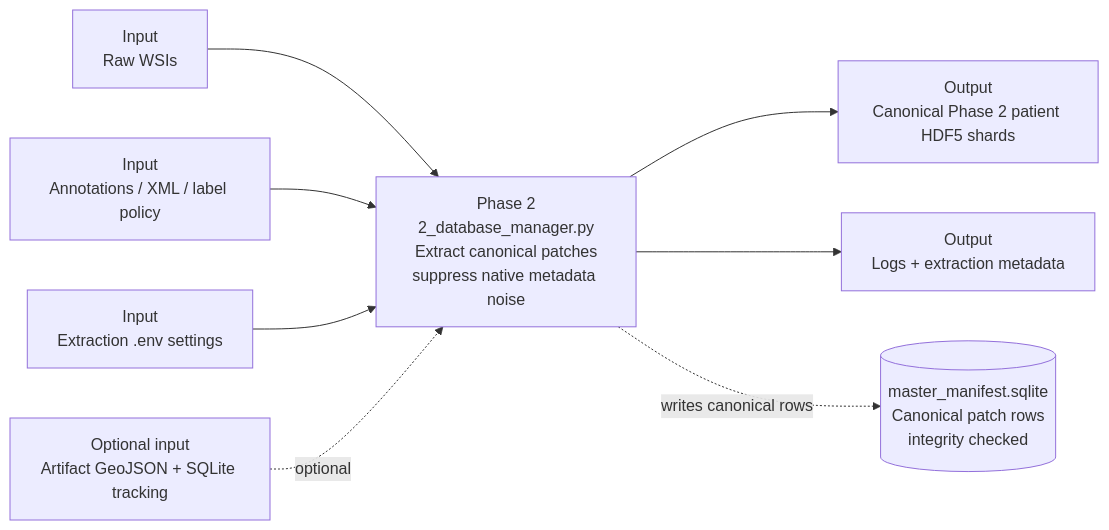
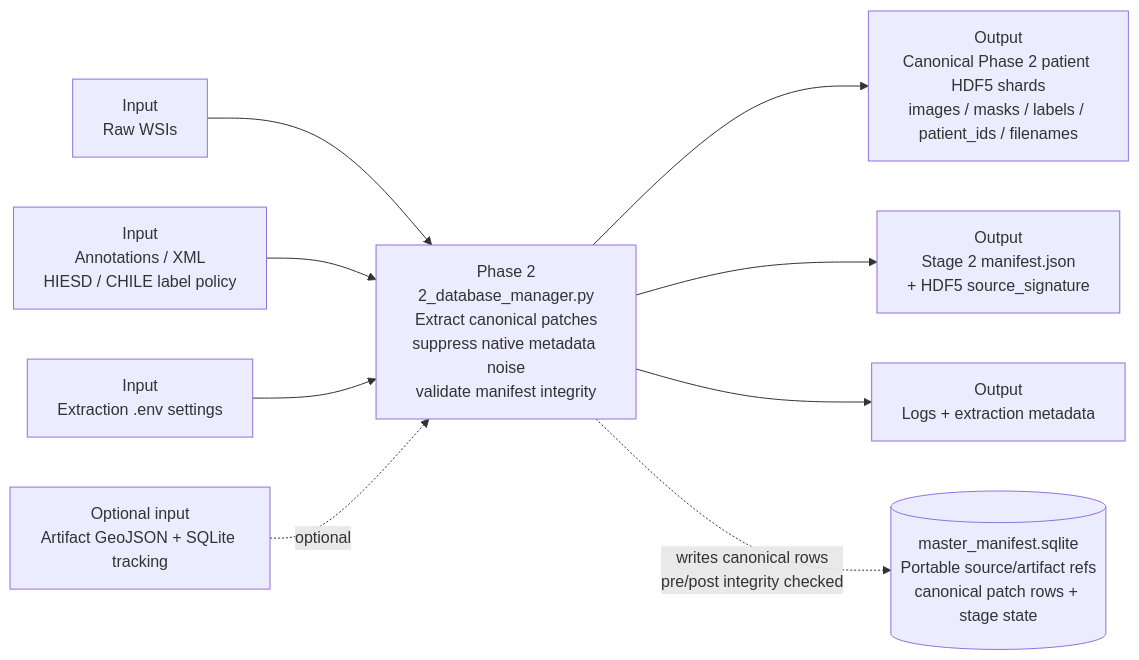
Before and after one commit to bhnunes/Master_Coding: the diagram in MERMAID/phase_2_patch_extraction.mermaid, drawn with Mermaid. The commit also changed 27 other files, not shown here.

```diff
--- a/MERMAID/phase_2_patch_extraction.mermaid
+++ b/MERMAID/phase_2_patch_extraction.mermaid
@@ -1,17 +1,19 @@
 flowchart LR
     wsi[Input<br/>Raw WSIs]
-    annotations[Input<br/>Annotations / XML / label policy]
+    annotations[Input<br/>Annotations / XML<br/>HIESD / CHILE label policy]
     env[Input<br/>Extraction .env settings]
     artifact_meta[Optional input<br/>Artifact GeoJSON + SQLite tracking]
-    p2[Phase 2<br/>2_database_manager.py<br/>Extract canonical patches<br/>suppress native metadata noise]
-    shards[Output<br/>Canonical Phase 2 patient HDF5 shards]
-    manifest[(master_manifest.sqlite<br/>Canonical patch rows<br/>integrity checked)]
+    p2[Phase 2<br/>2_database_manager.py<br/>Extract canonical patches<br/>suppress native metadata noise<br/>validate manifest integrity]
+    shards[Output<br/>Canonical Phase 2 patient HDF5 shards<br/>images / masks / labels / patient_ids / filenames]
+    manifest[(master_manifest.sqlite<br/>Portable source/artifact refs<br/>canonical patch rows + stage state)]
+    shard_manifest[Output<br/>Stage 2 manifest.json<br/>+ HDF5 source_signature]
     stage2_sidecars[Output<br/>Logs + extraction metadata]
 
     wsi --> p2
     annotations --> p2
     env --> p2
     artifact_meta -. optional .-> p2
     p2 --> shards
+    p2 --> shard_manifest
     p2 --> stage2_sidecars
-    p2 -. writes canonical rows .-> manifest
+    p2 -. writes canonical rows<br/>pre/post integrity checked .-> manifest
```
